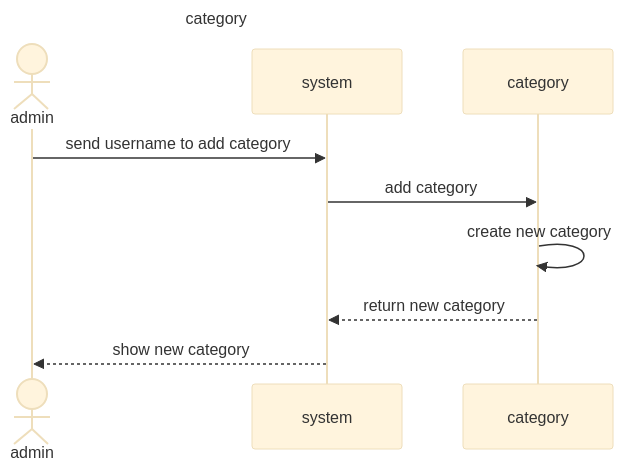
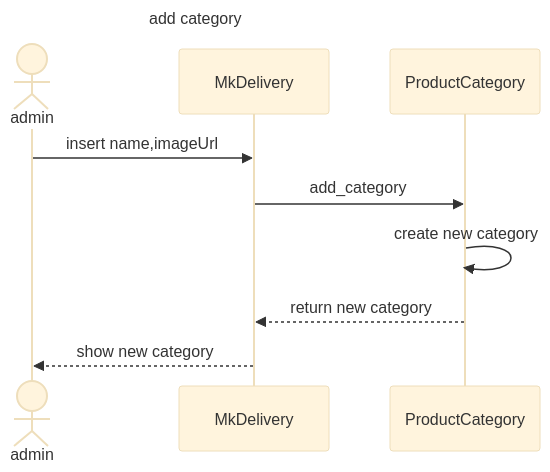
Before and after one commit to MxMhx/OOP_Project_MK_website: the diagram in sequence_diag/admin/add_categoy.mmd, drawn with Mermaid (base theme).

Commit message:
fix sq add category by admin

```diff
--- a/sequence_diag/admin/add_categoy.mmd
+++ b/sequence_diag/admin/add_categoy.mmd
@@ -1,10 +1,10 @@
 sequenceDiagram
-    title category
+    title add category
     actor admin
-    participant system
-    participant category
-    admin ->> system: send username to add category
-    system ->> category:add category
-    category ->> category:create new category
-    category -->> system : return new category 
-    system -->> admin:show new category
+    participant MkDelivery
+    participant ProductCategory
+    admin ->> MkDelivery: insert name,imageUrl
+    MkDelivery ->> ProductCategory:add_category
+    ProductCategory ->> ProductCategory:create new category
+    ProductCategory -->> MkDelivery : return new category 
+    MkDelivery -->> admin:show new category
```
